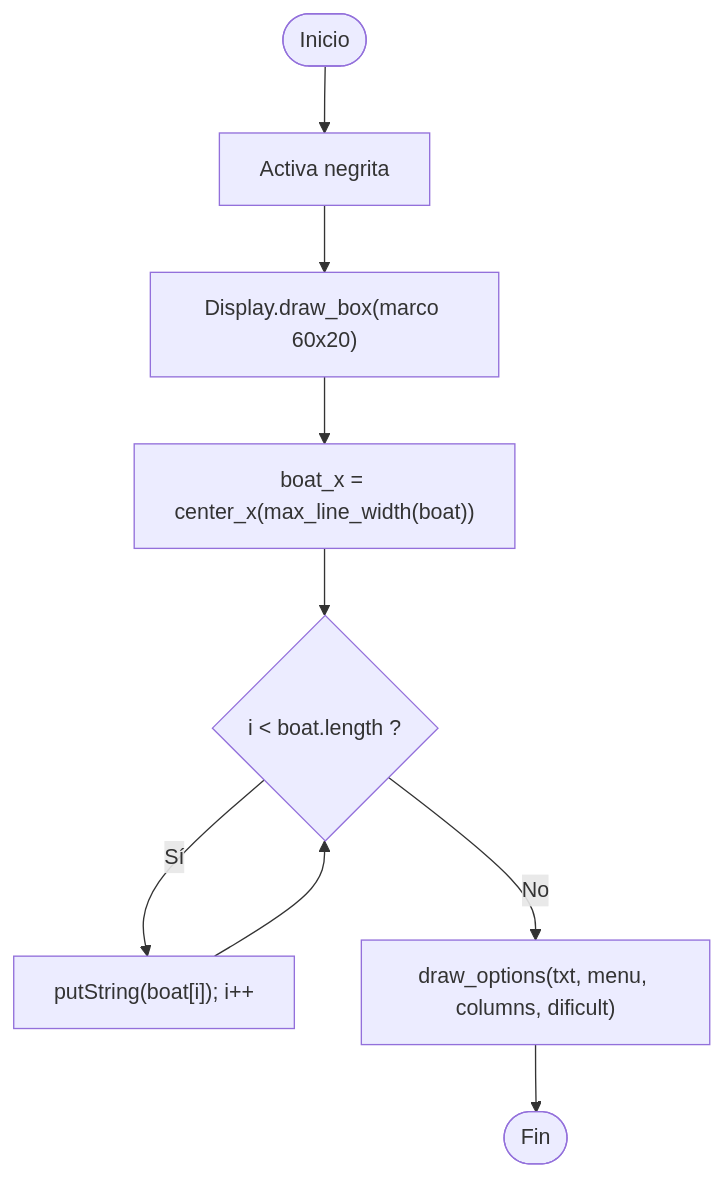
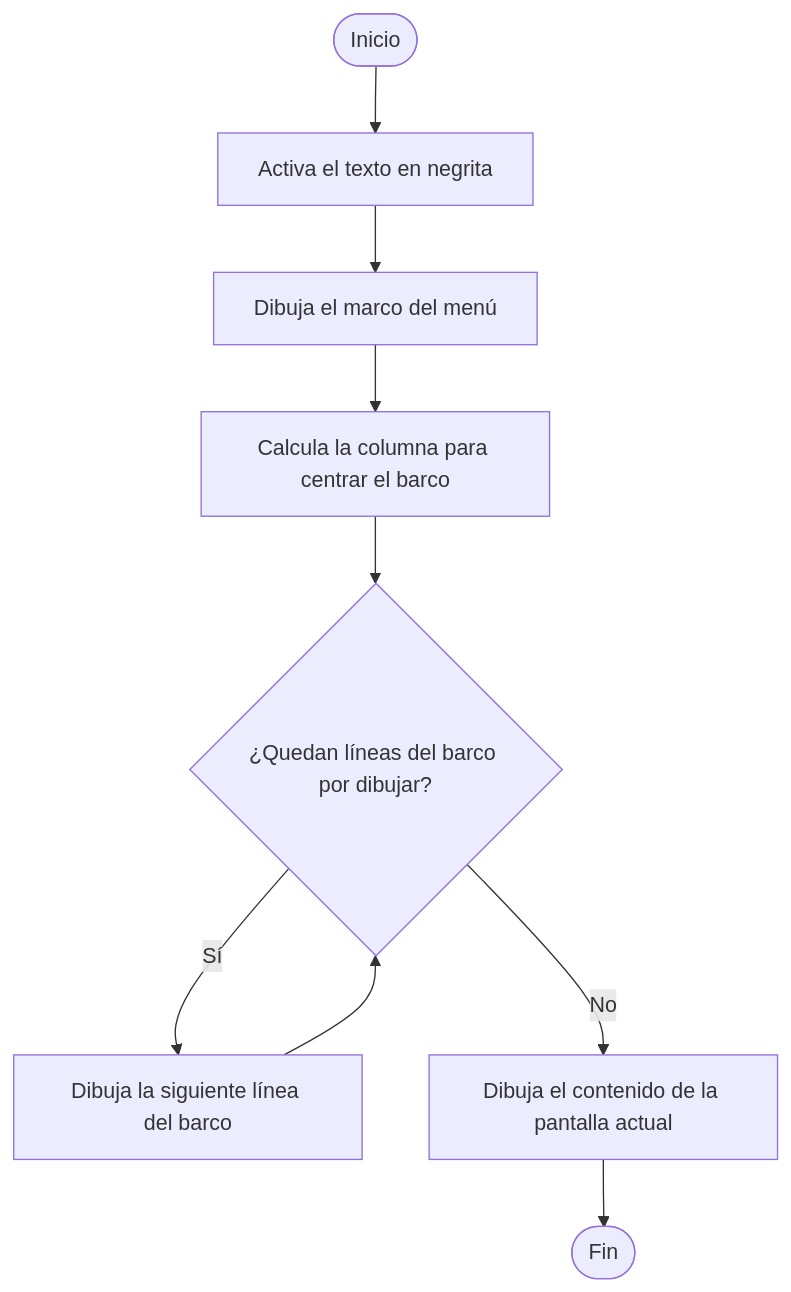
Before and after one commit to 8ismel6/1MD-ProyectoFinal: the sixth of 33 diagrams in README.md, drawn with Mermaid. The commit also changed other lines of this file and 1 other file, not shown here.

````diff
--- a/README.md
+++ b/README.md
@@ -402,10 +398,11 @@
 ```mermaid
 flowchart TD
-A(["Inicio"]) --> B["Activa negrita"]
-B --> C["Display.draw_box(marco 60x20)"]
-C --> D["boat_x = center_x(max_line_width(boat))"]
-D --> E{"i < boat.length ?"}
-E -- "Sí" --> F["putString(boat[i]); i++"] --> E
-E -- "No" --> G["draw_options(txt, menu, columns, dificult)"]
+A(["Inicio"]) --> B["Activa el texto en negrita"]
+B --> C["Dibuja el marco del menú"]
+C --> D["Calcula la columna para centrar el barco"]
+D --> E{"¿Quedan líneas del barco por dibujar?"}
+E -- "Sí" --> F["Dibuja la siguiente línea del barco"]
+F --> E
+E -- "No" --> G["Dibuja el contenido de la pantalla actual"]
 G --> H(["Fin"])
 ```
````
